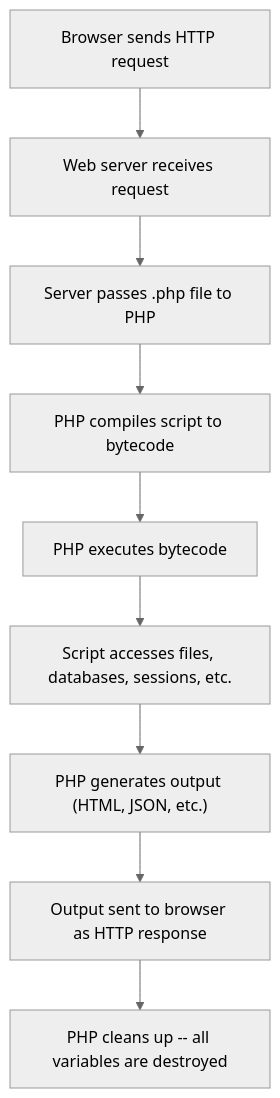
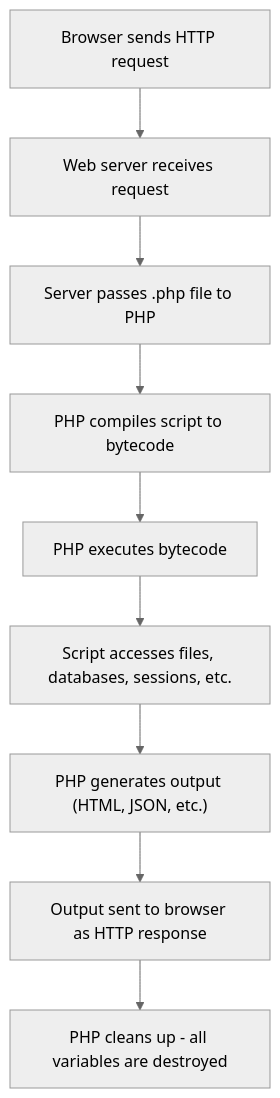
One commit to LucaNerlich/lucanerlich.com changed the fourth of 4 diagrams in docs/php/beginners-guide/01-introduction.md. Above: the diagram before and after it, drawn with Mermaid (neutral theme). The commit also changed 226 other files, not shown here.

````diff
--- a/docs/php/beginners-guide/01-introduction.md
+++ b/docs/php/beginners-guide/01-introduction.md
@@ -308,11 +308,11 @@
 ```mermaid
 flowchart TD
     A["Browser sends HTTP request"] --> B["Web server receives request"]
     B --> C["Server passes .php file to PHP"]
     C --> D["PHP compiles script to bytecode"]
     D --> E["PHP executes bytecode"]
     E --> F["Script accesses files, databases, sessions, etc."]
     F --> G["PHP generates output (HTML, JSON, etc.)"]
     G --> H["Output sent to browser as HTTP response"]
-    H --> I["PHP cleans up -- all variables are destroyed"]
+    H --> I["PHP cleans up - all variables are destroyed"]
 ```
````
